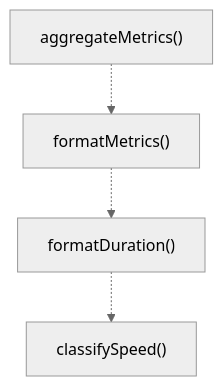
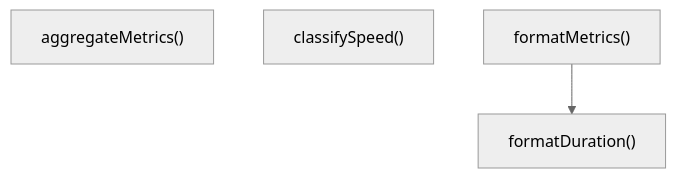
Before and after one commit to Mekann2904/mekann: the second of 2 diagrams in ABDD/.pi/extensions/search/utils/metrics.md, drawn with Mermaid (neutral theme). The commit also changed other lines of this file and 277 other files, not shown here.

````diff
--- a/ABDD/.pi/extensions/search/utils/metrics.md
+++ b/ABDD/.pi/extensions/search/utils/metrics.md
@@ -86,10 +86,8 @@
 ```mermaid
 flowchart TD
   aggregateMetrics["aggregateMetrics()"]
+  classifySpeed["classifySpeed()"]
+  formatDuration["formatDuration()"]
   formatMetrics["formatMetrics()"]
-  formatDuration["formatDuration()"]
-  classifySpeed["classifySpeed()"]
-  aggregateMetrics -.-> formatMetrics
-  formatMetrics -.-> formatDuration
-  formatDuration -.-> classifySpeed
+  formatMetrics --> formatDuration
 ```
````
